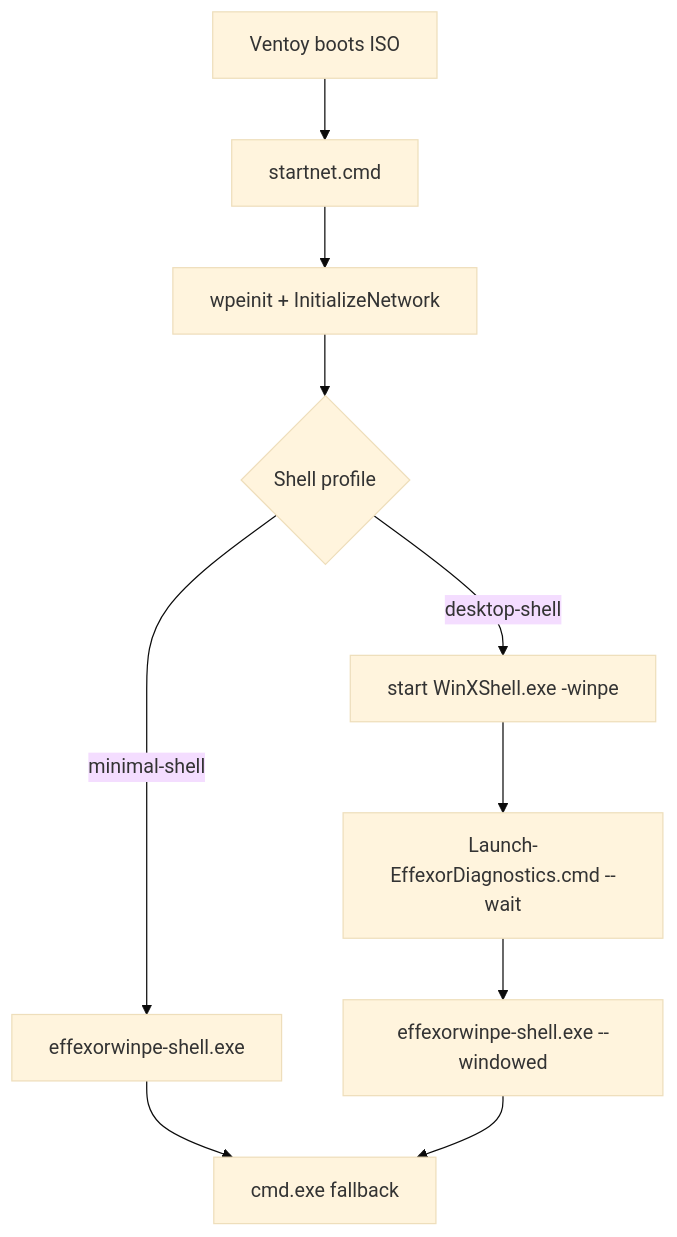
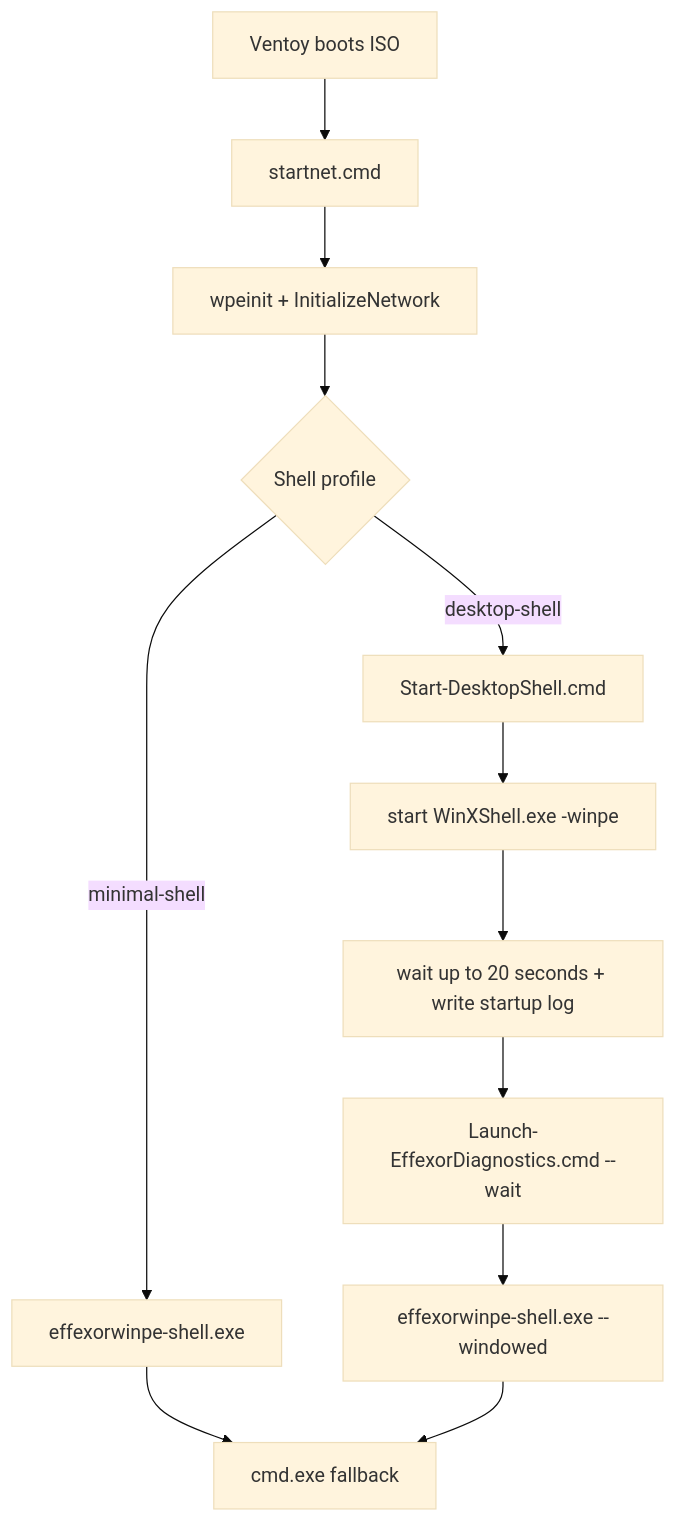
The diagram in docs/desktop-shell-spike-pr-body.md (effexorxruser/Effexor-WinDoctor), drawn with Mermaid (base theme) before and after one commit. The commit also changed other lines of this file and 5 other files, not shown here.

First line of the commit message:
Harden desktop-shell manifest gating and bootstrap.

````diff
--- a/docs/desktop-shell-spike-pr-body.md
+++ b/docs/desktop-shell-spike-pr-body.md
@@ -21,12 +21,14 @@
 ```mermaid
 flowchart TD
     A[Ventoy boots ISO] --> B[startnet.cmd]
     B --> C[wpeinit + InitializeNetwork]
     C --> D{Shell profile}
     D -->|minimal-shell| E[effexorwinpe-shell.exe]
-    D -->|desktop-shell| F[start WinXShell.exe -winpe]
-    F --> G[Launch-EffexorDiagnostics.cmd --wait]
-    G --> H[effexorwinpe-shell.exe --windowed]
-    E --> I[cmd.exe fallback]
-    H --> I
+    D -->|desktop-shell| F[Start-DesktopShell.cmd]
+    F --> G[start WinXShell.exe -winpe]
+    G --> H[wait up to 20 seconds + write startup log]
+    H --> I[Launch-EffexorDiagnostics.cmd --wait]
+    I --> J[effexorwinpe-shell.exe --windowed]
+    E --> K[cmd.exe fallback]
+    J --> K
 ```
````
